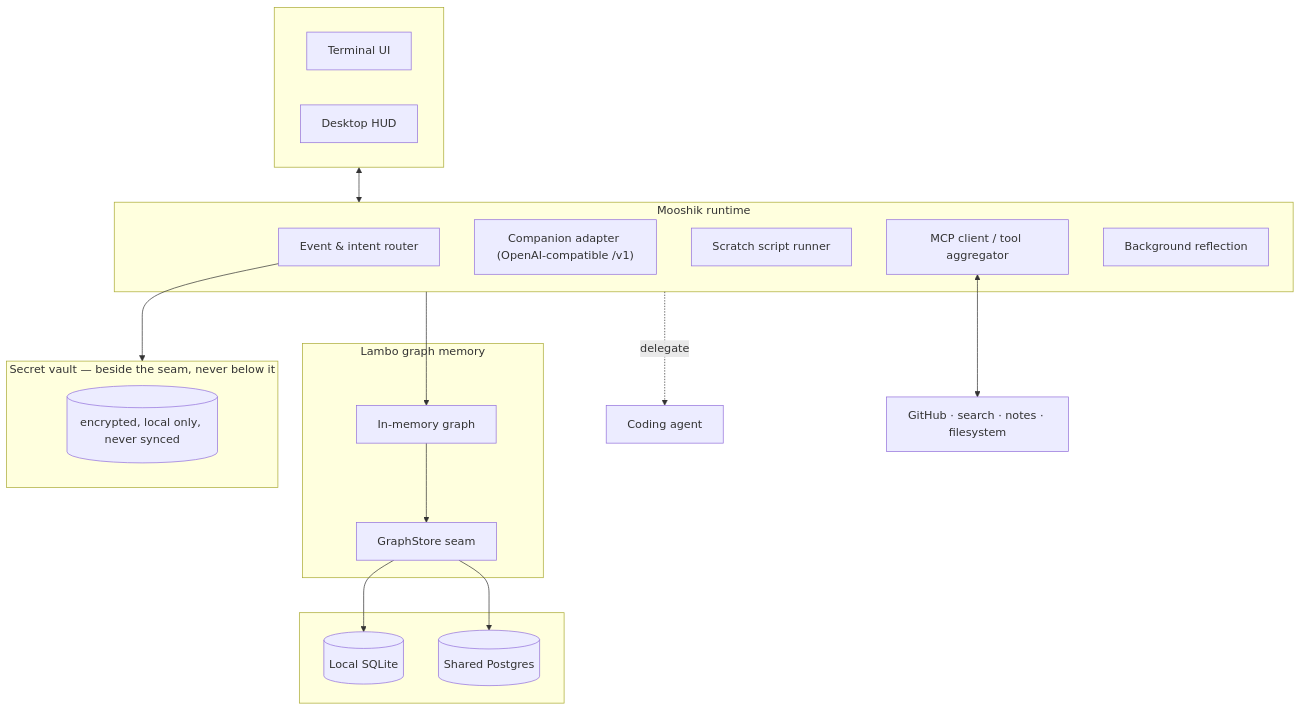
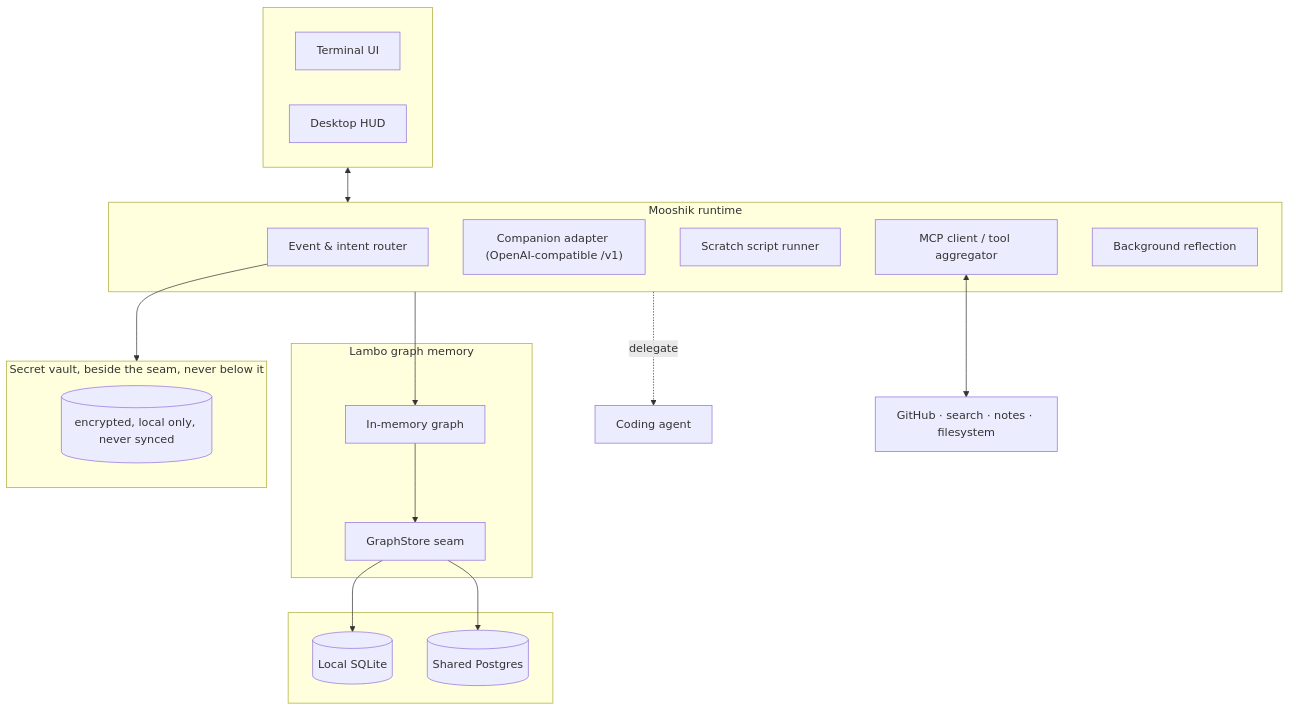
The diagram in docs/SPEC.md (nrynss/mooshik), drawn with Mermaid before and after one commit. The commit also changed other lines of this file and 1 other file, not shown here.

````diff
--- a/docs/SPEC.md
+++ b/docs/SPEC.md
@@ -59,35 +59,35 @@
 ```mermaid
 graph TB
     subgraph Clients [" "]
         TUI["Terminal UI"]
         GUI["Desktop HUD"]
     end
 
     subgraph Core ["Mooshik runtime"]
         Router["Event & intent router"]
         Companion["Companion adapter (OpenAI-compatible /v1)"]
         Scratch["Scratch script runner"]
         MCPHost["MCP client / tool aggregator"]
         Reflect["Background reflection"]
     end
 
     subgraph Memory ["Lambo graph memory"]
         Graph["In-memory graph"]
         Seam["GraphStore seam"]
     end
 
-    subgraph Vault ["Secret vault — beside the seam, never below it"]
+    subgraph Vault ["Secret vault, beside the seam, never below it"]
         V[("encrypted, local only, never synced")]
     end
 
     subgraph Stores [" "]
         SQLite[("Local SQLite")]
         PG[("Shared Postgres")]
     end
 
     Clients <--> Core
     Router --> Vault
     Core --> Graph --> Seam --> SQLite & PG
     MCPHost <--> External["GitHub · search · notes · filesystem"]
     Core -.->|delegate| Coding["Coding agent"]
 ```
````
